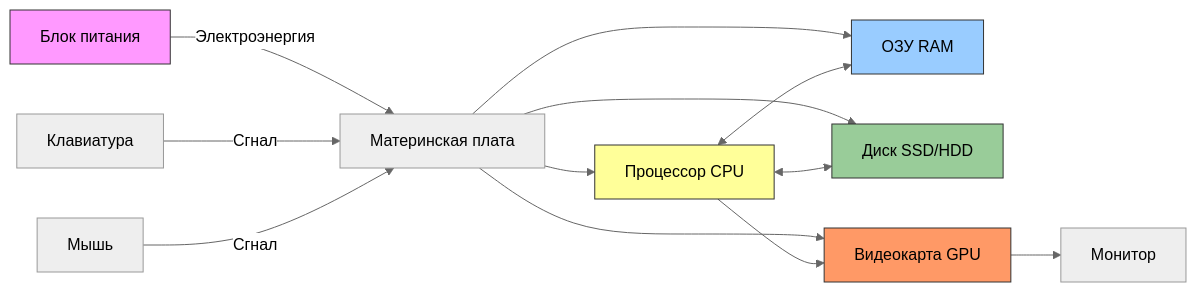
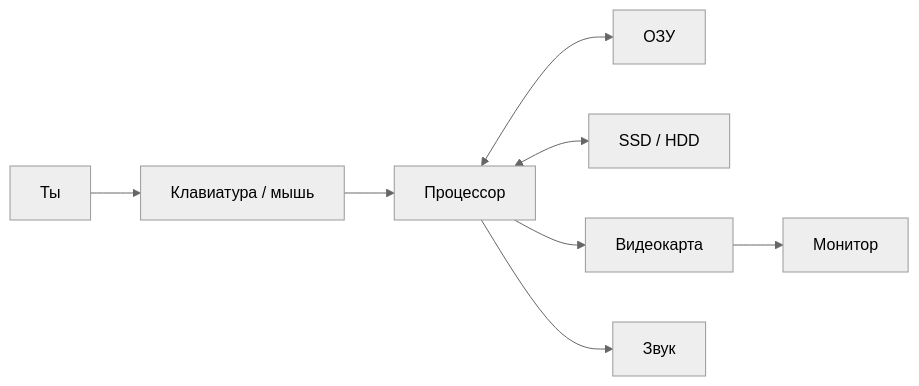
One commit to Spirzen/it-knowledge-base changed the diagram in docs/encyclopedia/9-spinoff/9-11-dlya-detey/1-computer/11.md. Above: the diagram before and after it, drawn with Mermaid (neutral theme). The commit also changed other lines of this file and 653 other files, not shown here.

````diff
--- a/docs/encyclopedia/9-spinoff/9-11-dlya-detey/1-computer/11.md
+++ b/docs/encyclopedia/9-spinoff/9-11-dlya-detey/1-computer/11.md
@@ -122,19 +99,10 @@
 ```mermaid
-graph LR
-    A[Блок питания] -->|Электроэнергия| B[Материнская плата]
-    B --> C[Процессор CPU]
-    B --> D[ОЗУ RAM]
-    B --> E[Диск SSD/HDD]
-    B --> F[Видеокарта GPU]
-    F --> G[Монитор]
-    H[Клавиатура] -->|Сгнал| B
-    I[Мышь] -->|Сгнал| B
-    C <--> D
-    C <--> E
-    C --> F
-    style A fill:#f9f,stroke:#333
-    style C fill:#ff9,stroke:#333
-    style D fill:#9cf,stroke:#333
-    style E fill:#9c9,stroke:#333
-    style F fill:#f96,stroke:#333
+flowchart LR
+    You[Ты] --> Input[Клавиатура / мышь]
+    Input --> CPU[Процессор]
+    CPU <--> RAM[ОЗУ]
+    CPU <--> Disk[SSD / HDD]
+    CPU --> GPU[Видеокарта]
+    GPU --> Screen[Монитор]
+    CPU --> Sound[Звук]
 ```
````
